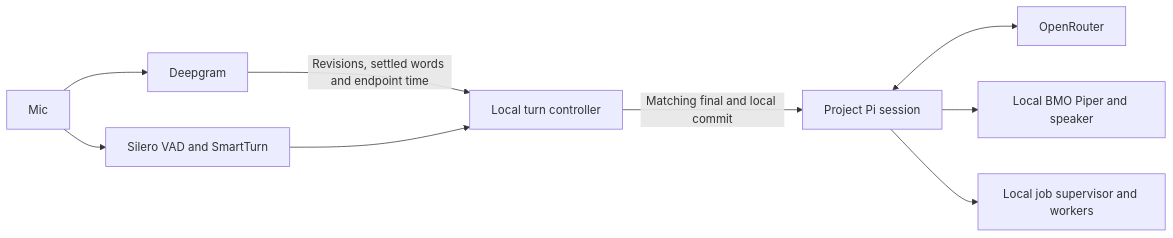
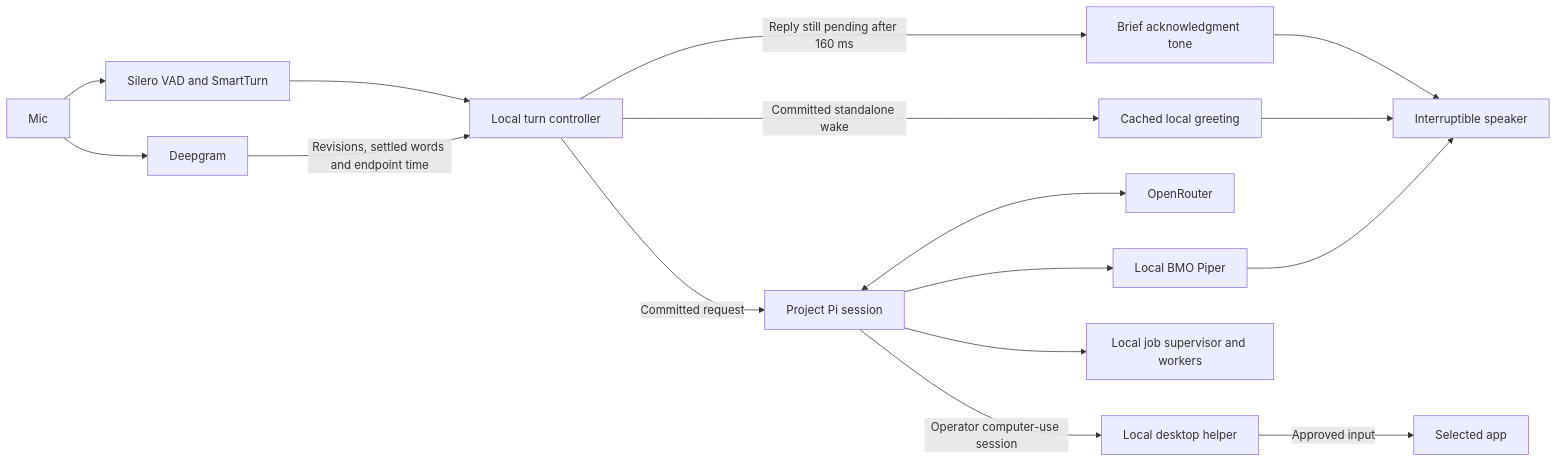
Before and after one commit to justinruaya123/me3-full-duplex-agent: the first of 5 diagrams in docs/ARCHITECTURE_REVIEW.md, drawn with Mermaid. The commit also changed other lines of this file and 59 other files, not shown here.

````diff
--- a/docs/ARCHITECTURE_REVIEW.md
+++ b/docs/ARCHITECTURE_REVIEW.md
@@ -5,11 +5,18 @@
 ```mermaid
 flowchart LR
   mic[Mic] --> asr[Deepgram]
   asr -->|Revisions, settled words and endpoint time| turn[Local turn controller]
   mic --> local[Silero VAD and SmartTurn]
   local --> turn
-  turn -->|Matching final and local commit| pi[Project Pi session]
+  turn -->|Committed standalone wake| greeting[Cached local greeting]
+  turn -->|Committed request| pi[Project Pi session]
+  turn -->|Reply still pending after 160 ms| cue[Brief acknowledgment tone]
   pi <--> model[OpenRouter]
-  pi --> tts[Local BMO Piper and speaker]
+  pi --> tts[Local BMO Piper]
+  tts --> speaker[Interruptible speaker]
+  greeting --> speaker
+  cue --> speaker
   pi --> jobs[Local job supervisor and workers]
+  pi -->|Operator computer-use session| desktop[Local desktop helper]
+  desktop -->|Approved input| app[Selected app]
 ```
````
